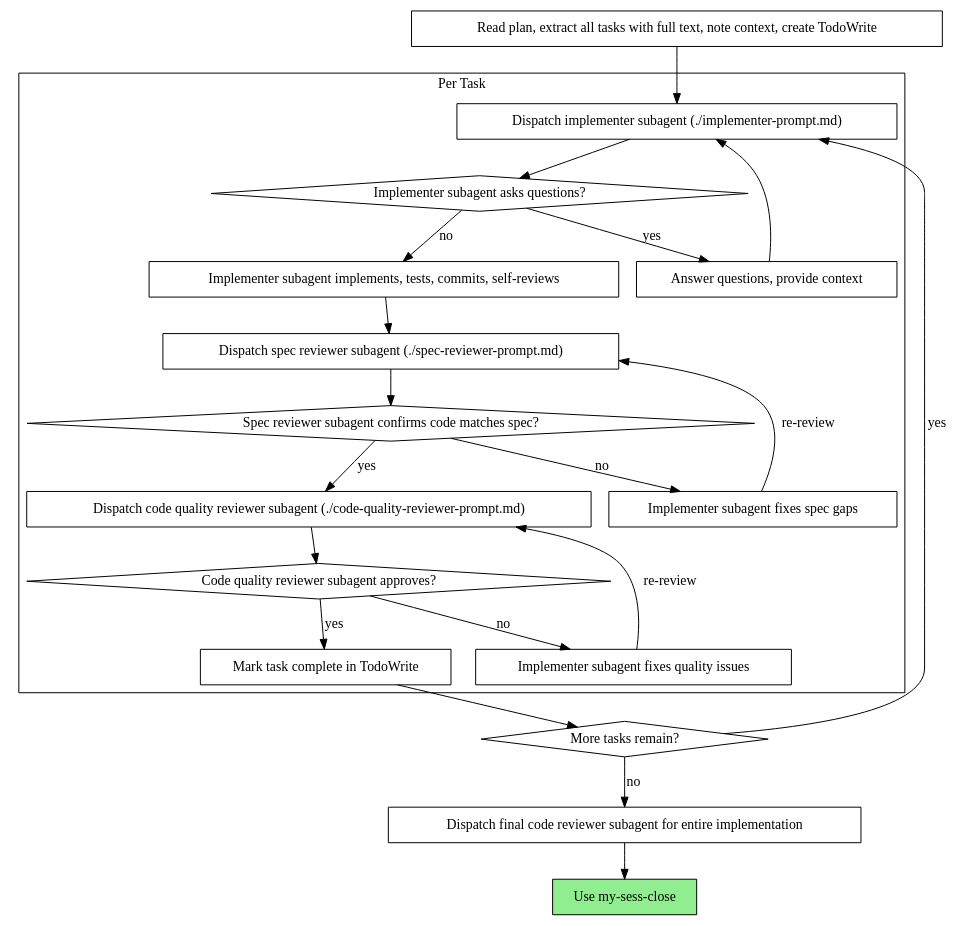
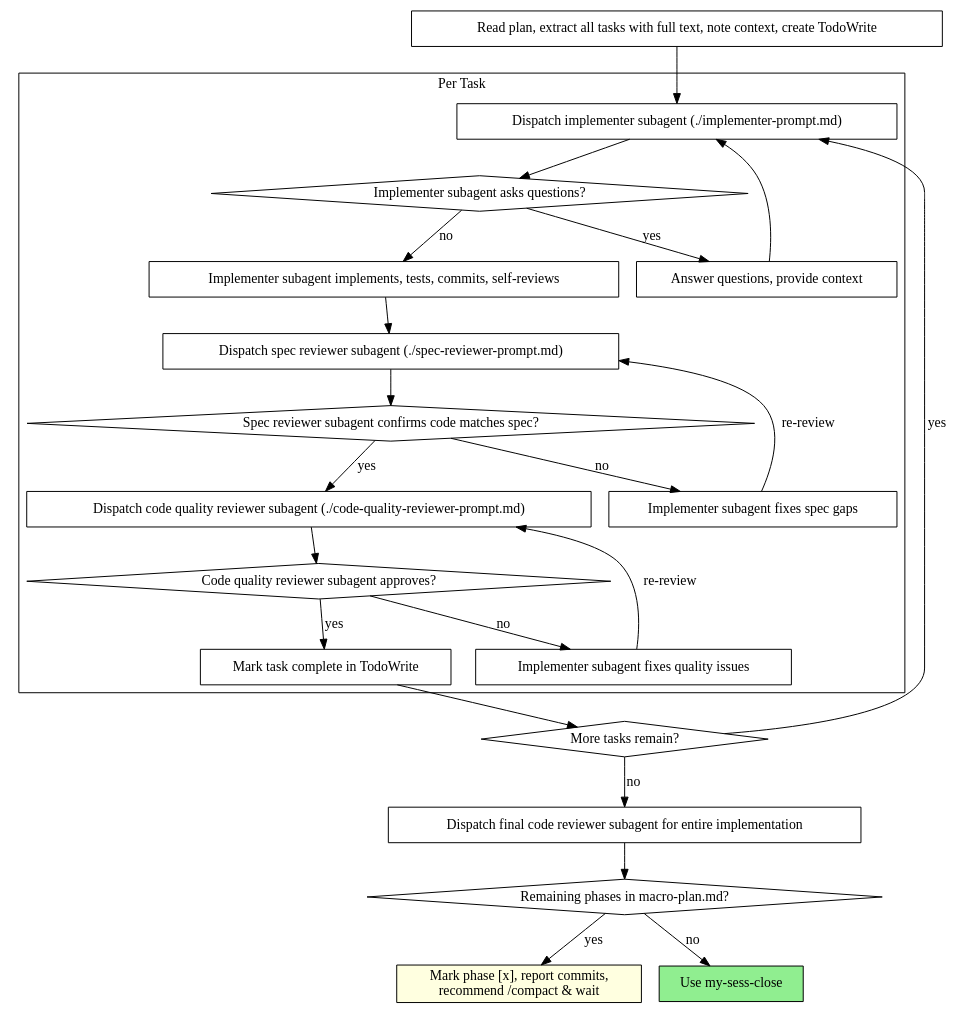
Before and after one commit to pinedance/AGENTS: the second of 2 diagrams in skills/subagent-driven-development/SKILL.md, drawn with Graphviz. The commit also changed other lines of this file and 9 other files, not shown here.

````diff
--- a/skills/subagent-driven-development/SKILL.md
+++ b/skills/subagent-driven-development/SKILL.md
@@ -44,44 +44,48 @@
 ```dot
 digraph process {
     rankdir=TB;
 
     subgraph cluster_per_task {
         label="Per Task";
         "Dispatch implementer subagent (./implementer-prompt.md)" [shape=box];
         "Implementer subagent asks questions?" [shape=diamond];
         "Answer questions, provide context" [shape=box];
         "Implementer subagent implements, tests, commits, self-reviews" [shape=box];
         "Dispatch spec reviewer subagent (./spec-reviewer-prompt.md)" [shape=box];
         "Spec reviewer subagent confirms code matches spec?" [shape=diamond];
         "Implementer subagent fixes spec gaps" [shape=box];
         "Dispatch code quality reviewer subagent (./code-quality-reviewer-prompt.md)" [shape=box];
         "Code quality reviewer subagent approves?" [shape=diamond];
         "Implementer subagent fixes quality issues" [shape=box];
         "Mark task complete in TodoWrite" [shape=box];
     }
 
     "Read plan, extract all tasks with full text, note context, create TodoWrite" [shape=box];
     "More tasks remain?" [shape=diamond];
     "Dispatch final code reviewer subagent for entire implementation" [shape=box];
+    "Remaining phases in macro-plan.md?" [shape=diamond];
+    "Mark phase [x], report commits,\nrecommend /compact & wait" [shape=box style=filled fillcolor=lightyellow];
     "Use my-sess-close" [shape=box style=filled fillcolor=lightgreen];
 
     "Read plan, extract all tasks with full text, note context, create TodoWrite" -> "Dispatch implementer subagent (./implementer-prompt.md)";
     "Dispatch implementer subagent (./implementer-prompt.md)" -> "Implementer subagent asks questions?";
     "Implementer subagent asks questions?" -> "Answer questions, provide context" [label="yes"];
     "Answer questions, provide context" -> "Dispatch implementer subagent (./implementer-prompt.md)";
     "Implementer subagent asks questions?" -> "Implementer subagent implements, tests, commits, self-reviews" [label="no"];
     "Implementer subagent implements, tests, commits, self-reviews" -> "Dispatch spec reviewer subagent (./spec-reviewer-prompt.md)";
     "Dispatch spec reviewer subagent (./spec-reviewer-prompt.md)" -> "Spec reviewer subagent confirms code matches spec?";
     "Spec reviewer subagent confirms code matches spec?" -> "Implementer subagent fixes spec gaps" [label="no"];
     "Implementer subagent fixes spec gaps" -> "Dispatch spec reviewer subagent (./spec-reviewer-prompt.md)" [label="re-review"];
     "Spec reviewer subagent confirms code matches spec?" -> "Dispatch code quality reviewer subagent (./code-quality-reviewer-prompt.md)" [label="yes"];
     "Dispatch code quality reviewer subagent (./code-quality-reviewer-prompt.md)" -> "Code quality reviewer subagent approves?";
     "Code quality reviewer subagent approves?" -> "Implementer subagent fixes quality issues" [label="no"];
     "Implementer subagent fixes quality issues" -> "Dispatch code quality reviewer subagent (./code-quality-reviewer-prompt.md)" [label="re-review"];
     "Code quality reviewer subagent approves?" -> "Mark task complete in TodoWrite" [label="yes"];
     "Mark task complete in TodoWrite" -> "More tasks remain?";
     "More tasks remain?" -> "Dispatch implementer subagent (./implementer-prompt.md)" [label="yes"];
     "More tasks remain?" -> "Dispatch final code reviewer subagent for entire implementation" [label="no"];
-    "Dispatch final code reviewer subagent for entire implementation" -> "Use my-sess-close";
+    "Dispatch final code reviewer subagent for entire implementation" -> "Remaining phases in macro-plan.md?";
+    "Remaining phases in macro-plan.md?" -> "Mark phase [x], report commits,\nrecommend /compact & wait" [label="yes"];
+    "Remaining phases in macro-plan.md?" -> "Use my-sess-close" [label="no"];
 }
 ```
````
